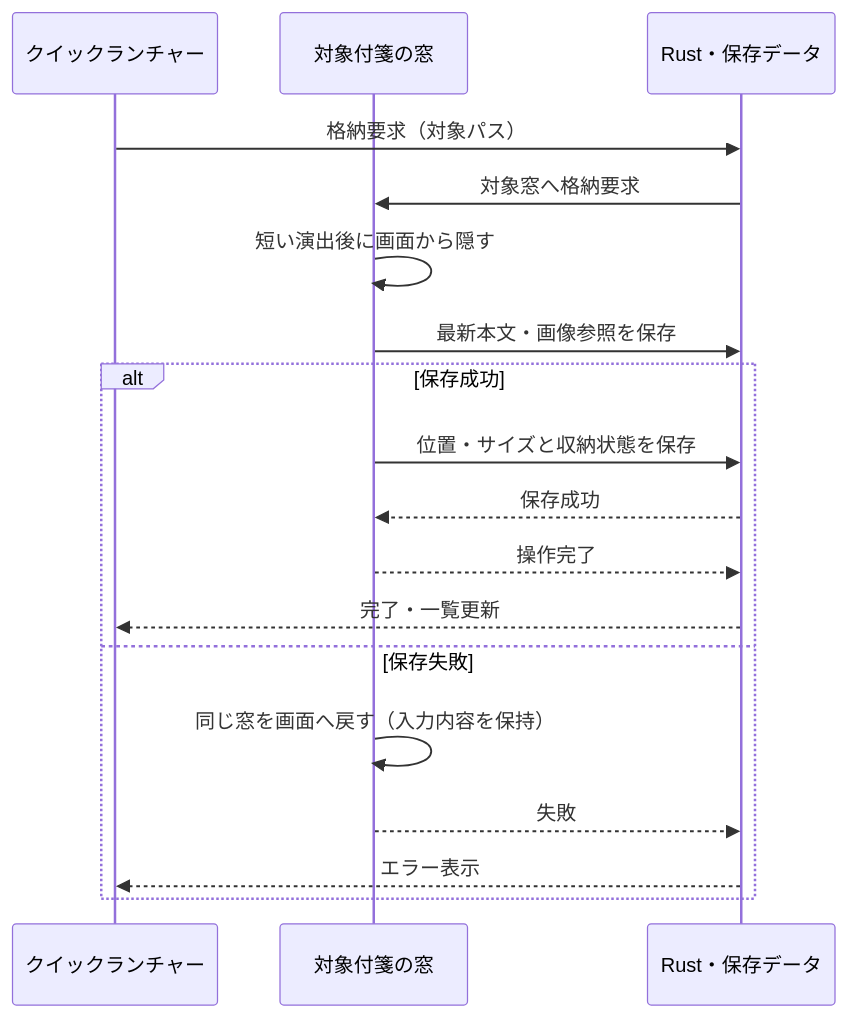
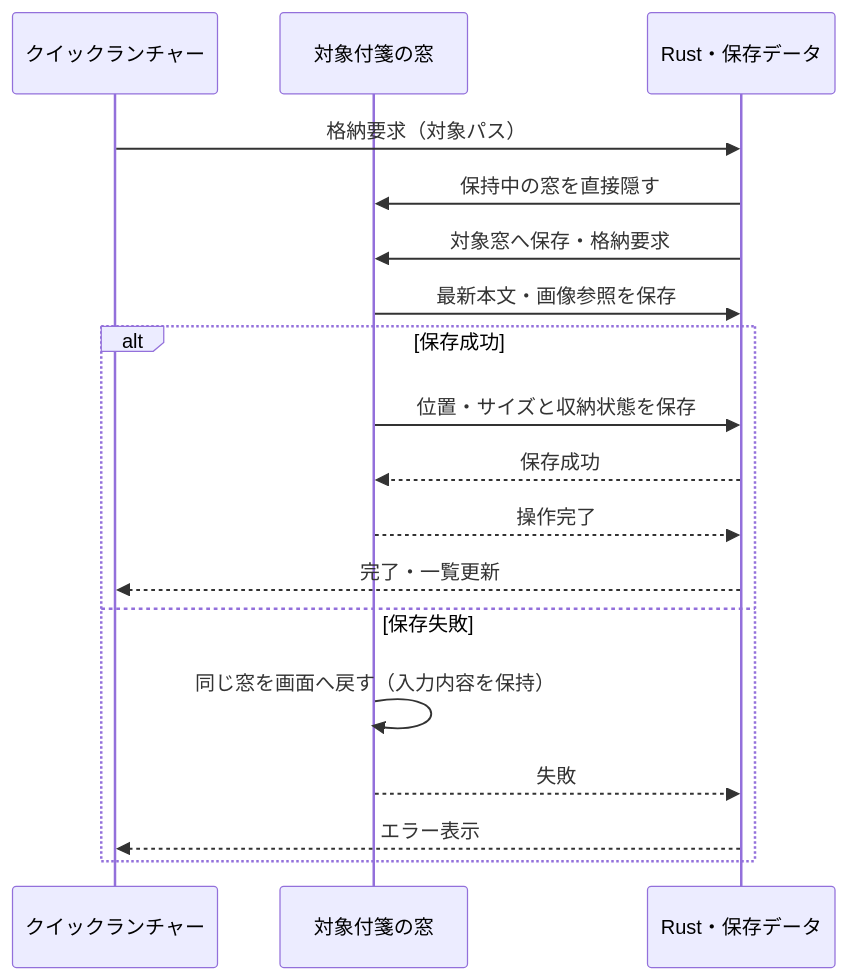
Before and after one commit to ore-no-fusen/ore-no-fusen: diagram 15 of 19 in docs-v2/002_PC.md, drawn with Mermaid. The commit also changed other lines of this file and 7 other files, not shown here.

````diff
--- a/docs-v2/002_PC.md
+++ b/docs-v2/002_PC.md
@@ -1601,20 +1601,20 @@
 ```mermaid
 sequenceDiagram
     participant L as クイックランチャー
     participant N as 対象付箋の窓
     participant R as Rust・保存データ
     L->>R: 格納要求（対象パス）
-    R->>N: 対象窓へ格納要求
-    N->>N: 短い演出後に画面から隠す
+    R->>N: 保持中の窓を直接隠す
+    R->>N: 対象窓へ保存・格納要求
     N->>R: 最新本文・画像参照を保存
     alt 保存成功
         N->>R: 位置・サイズと収納状態を保存
         R-->>N: 保存成功
         N-->>R: 操作完了
         R-->>L: 完了・一覧更新
     else 保存失敗
         N->>N: 同じ窓を画面へ戻す（入力内容を保持）
         N-->>R: 失敗
         R-->>L: エラー表示
     end
 ```
````
